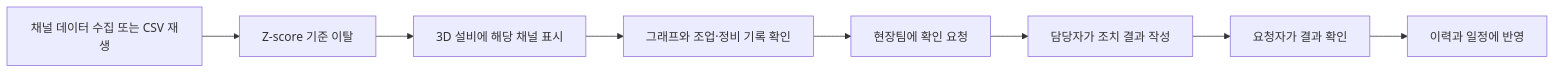
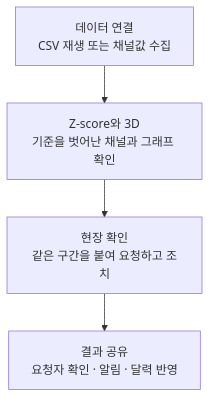
One commit to posco-3bungi-pdm/cal01-monitor changed the diagram in README.md. Above: the diagram before and after it, drawn with Mermaid. The commit also changed 2 other files, not shown here.

Commit message:
docs: 좁은 화면에서도 흐름도가 읽히도록 정리

````diff
--- a/README.md
+++ b/README.md
@@ -9,10 +9,6 @@
 ```mermaid
-flowchart LR
-    A[채널 데이터 수집 또는 CSV 재생] --> B[Z-score 기준 이탈]
-    B --> C[3D 설비에 해당 채널 표시]
-    C --> D[그래프와 조업·정비 기록 확인]
-    D --> E[현장팀에 확인 요청]
-    E --> F[담당자가 조치 결과 작성]
-    F --> G[요청자가 결과 확인]
-    G --> H[이력과 일정에 반영]
+flowchart TB
+    A["데이터 연결<br/>CSV 재생 또는 채널값 수집"] --> B["Z-score와 3D<br/>기준을 벗어난 채널과 그래프 확인"]
+    B --> C["현장 확인<br/>같은 구간을 붙여 요청하고 조치"]
+    C --> D["결과 공유<br/>요청자 확인 · 알림 · 달력 반영"]
 ```
````
